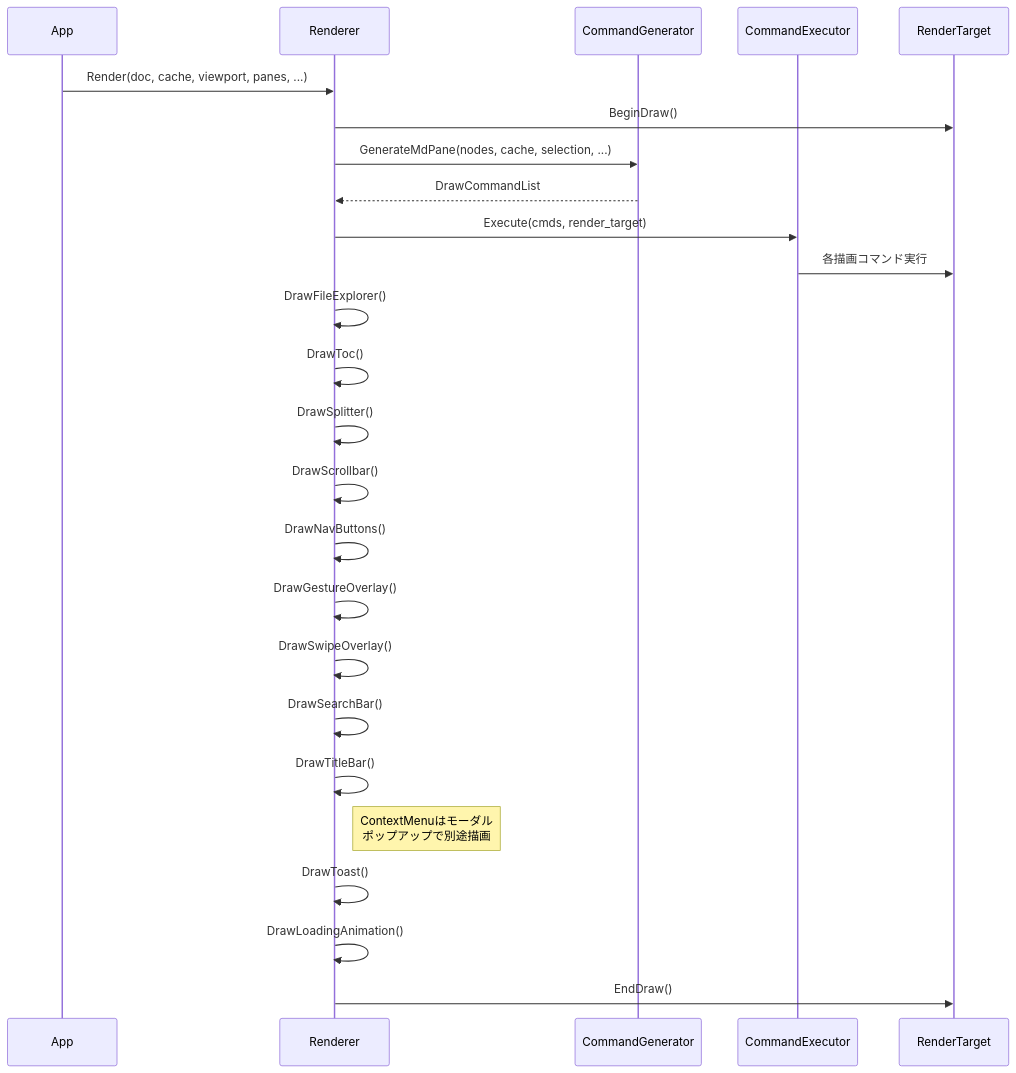
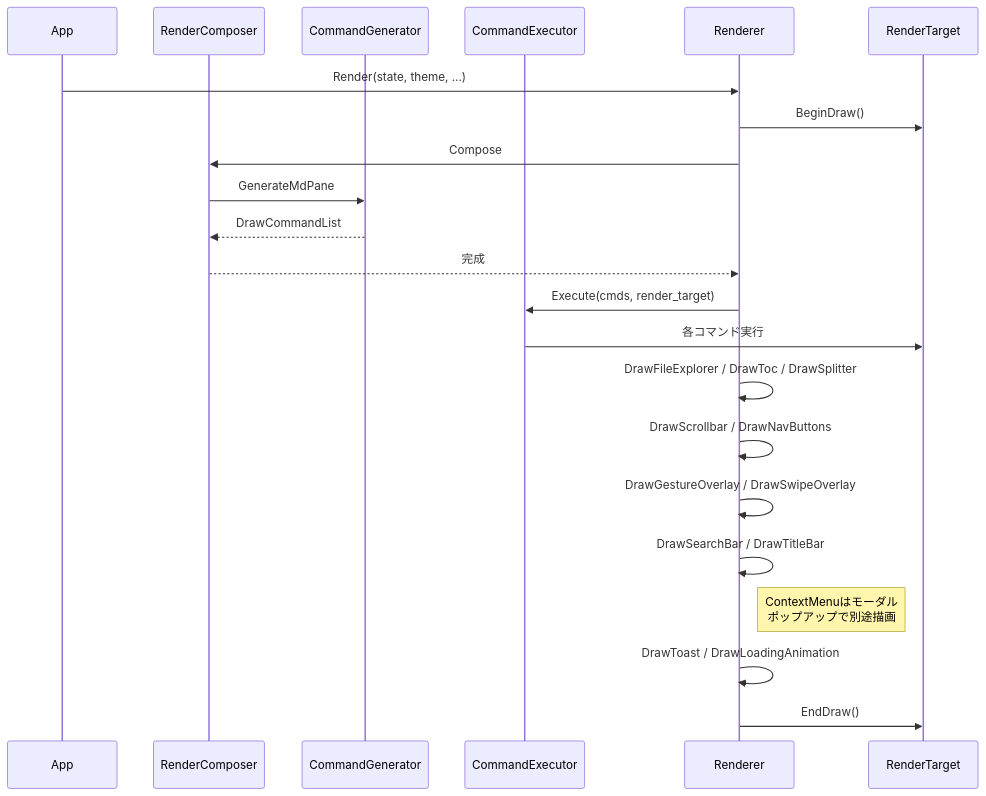
Before and after one commit to tanaton/mendo: diagram 19 of 27 in example/test.md, drawn with Mermaid. The commit also changed other lines of this file, not shown here.

````diff
--- a/example/test.md
+++ b/example/test.md
@@ -2339,28 +2296,25 @@
 ```mermaid
 sequenceDiagram
     participant APP as App
-    participant R as Renderer
+    participant RC as RenderComposer
     participant CG as CommandGenerator
     participant CE as CommandExecutor
+    participant R as Renderer
     participant RT as RenderTarget
 
-    APP->>R: Render(doc, cache, viewport, panes, ...)
+    APP->>R: Render(state, theme, ...)
     R->>RT: BeginDraw()
-    R->>CG: GenerateMdPane(nodes, cache, selection, ...)
-    CG-->>R: DrawCommandList
+    R->>RC: Compose
+    RC->>CG: GenerateMdPane
+    CG-->>RC: DrawCommandList
+    RC-->>R: 完成
     R->>CE: Execute(cmds, render_target)
-    CE->>RT: 各描画コマンド実行
-    R->>R: DrawFileExplorer()
-    R->>R: DrawToc()
-    R->>R: DrawSplitter()
-    R->>R: DrawScrollbar()
-    R->>R: DrawNavButtons()
-    R->>R: DrawGestureOverlay()
-    R->>R: DrawSwipeOverlay()
-    R->>R: DrawSearchBar()
-    R->>R: DrawTitleBar()
+    CE->>RT: 各コマンド実行
+    R->>R: DrawFileExplorer / DrawToc / DrawSplitter
+    R->>R: DrawScrollbar / DrawNavButtons
+    R->>R: DrawGestureOverlay / DrawSwipeOverlay
+    R->>R: DrawSearchBar / DrawTitleBar
     Note right of R: ContextMenuはモーダル<br>ポップアップで別途描画
-    R->>R: DrawToast()
-    R->>R: DrawLoadingAnimation()
+    R->>R: DrawToast / DrawLoadingAnimation
     R->>RT: EndDraw()
 ```
````
